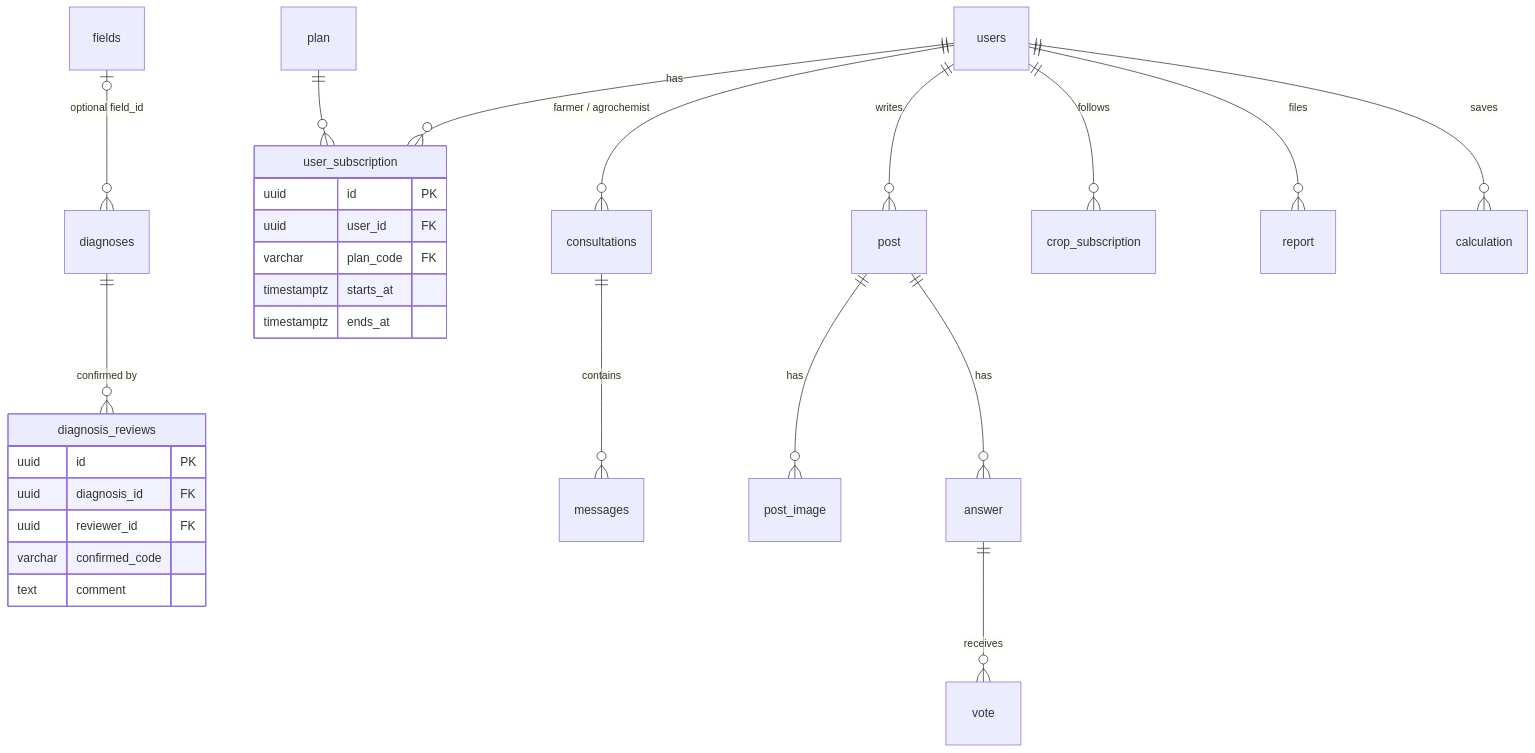
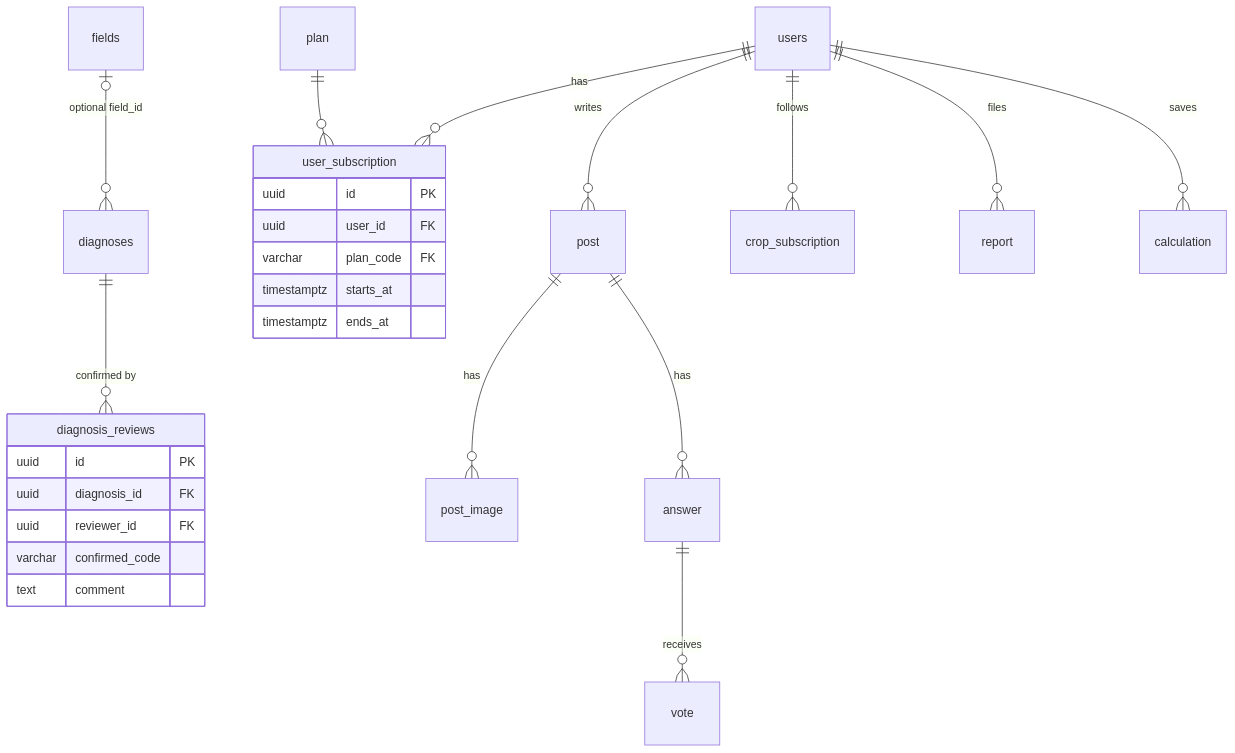
The second of 2 diagrams in docs/diagrams/database-er.md (nurbolatdev/agroadvisor-kz), drawn with Mermaid before and after one commit. The commit also changed other lines of this file and 2 other files, not shown here.

Commit message:
docs(backend): describe consultations API and tables

````diff
--- a/docs/diagrams/database-er.md
+++ b/docs/diagrams/database-er.md
@@ -233,31 +264,29 @@
 ```mermaid
 erDiagram
     fields |o--o{ diagnoses : "optional field_id"
     diagnoses ||--o{ diagnosis_reviews : "confirmed by"
     users ||--o{ user_subscription : has
     plan ||--o{ user_subscription : ""
-    users ||--o{ consultations : "farmer / agrochemist"
-    consultations ||--o{ messages : contains
     users ||--o{ post : writes
     post ||--o{ post_image : has
     post ||--o{ answer : has
     answer ||--o{ vote : receives
     users ||--o{ crop_subscription : follows
     users ||--o{ report : files
     users ||--o{ calculation : saves
 
     diagnosis_reviews {
         uuid id PK
         uuid diagnosis_id FK
         uuid reviewer_id FK
         varchar confirmed_code
         text comment
     }
     user_subscription {
         uuid id PK
         uuid user_id FK
         varchar plan_code FK
         timestamptz starts_at
         timestamptz ends_at
     }
 ```
````
